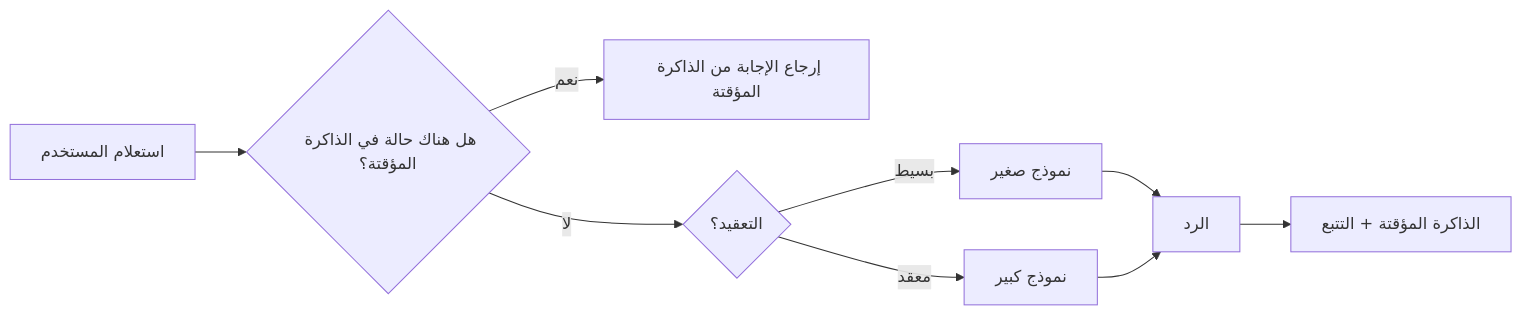
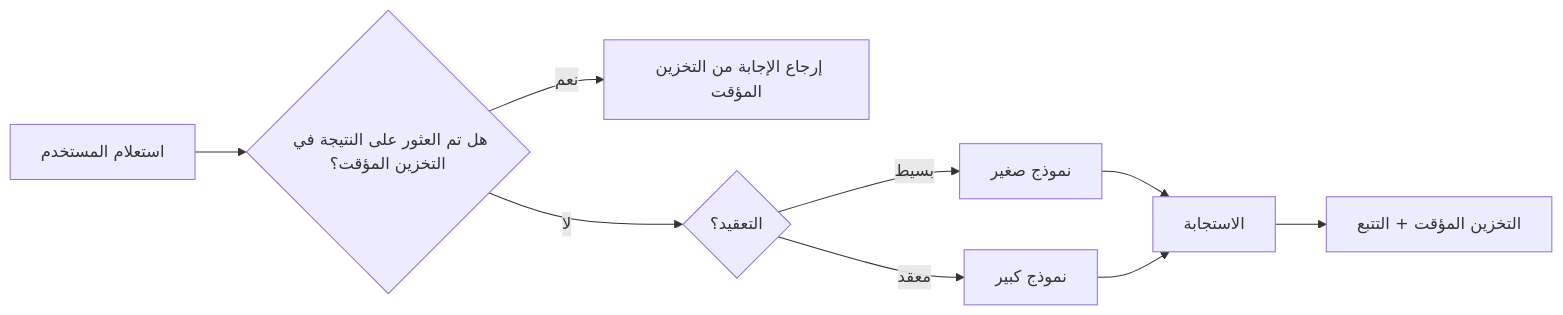
The third of 4 diagrams in translations/ar/16-deploying-scalable-agents/README.md (microsoft/ai-agents-for-beginners), drawn with Mermaid before and after one commit. The commit also changed other lines of this file and 47 other files, not shown here.

````diff
--- a/translations/ar/16-deploying-scalable-agents/README.md
+++ b/translations/ar/16-deploying-scalable-agents/README.md
@@ -134,11 +134,11 @@
 ```mermaid
 flowchart LR
-    Q[استعلام المستخدم] --> C{هل هناك حالة في الذاكرة المؤقتة؟}
-    C -->|نعم| R[إرجاع الإجابة من الذاكرة المؤقتة]
+    Q[استعلام المستخدم] --> C{هل تم العثور على النتيجة في التخزين المؤقت؟}
+    C -->|نعم| R[إرجاع الإجابة من التخزين المؤقت]
     C -->|لا| Router{التعقيد؟}
     Router -->|بسيط| SLM[نموذج صغير]
     Router -->|معقد| LLM[نموذج كبير]
-    SLM --> Out[الرد]
+    SLM --> Out[الاستجابة]
     LLM --> Out
-    Out --> Store[الذاكرة المؤقتة + التتبع]
+    Out --> Store[التخزين المؤقت + التتبع]
 ```
````
